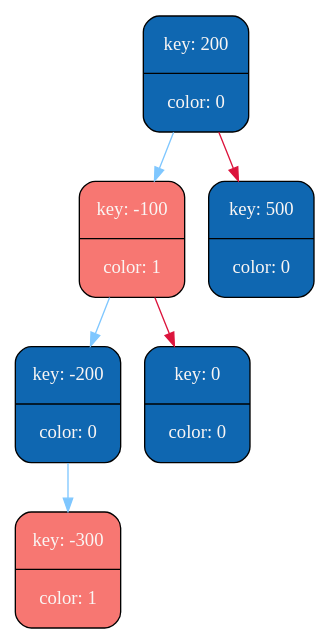
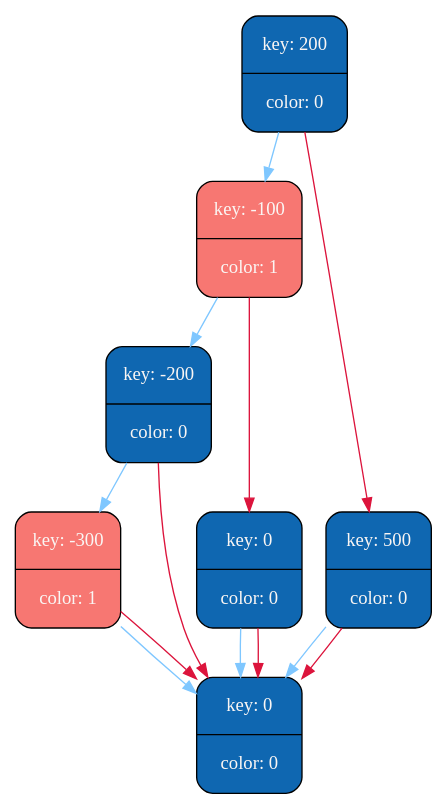
One commit to MaxGroshev/graph_algorithm changed the diagram in rb_tree/graph_lib/tree_dump.dot. Above: the diagram before and after it, drawn with Graphviz. The commit also changed 3 other files, not shown here.

```diff
--- a/rb_tree/graph_lib/tree_dump.dot
+++ b/rb_tree/graph_lib/tree_dump.dot
@@ -1,17 +1,31 @@
 digraph   
 {
 rankdir = ""
 splines = "true"
 
-node0x6040000016d0 [shape      = "Mrecord", width = 1.1, height = 1.21,  fillcolor   = "#0F67B1", style = "filled", fontcolor= " #FAF6F4", fontname = "Calibri", color = "0", label = "{key: 200| color: 0}"]
-node0x6040000016d0 -> node0x604000001690 [color = "#7FC7FF", style = "", constraint = true, fillcolor = "#7FC7FF",   fontcolor = "", fontname = "Calibri", label = ""];
-node0x604000001690 [shape      = "Mrecord", width = 1.1, height = 1.21,  fillcolor   = "#F77772", style = "filled", fontcolor= " #FAF6F4", fontname = "Calibri", color = "1", label = "{key: -100| color: 1}"]
-node0x604000001690 -> node0x604000001750 [color = "#7FC7FF", style = "", constraint = true, fillcolor = "#7FC7FF",   fontcolor = "", fontname = "Calibri", label = ""];
-node0x604000001750 [shape      = "Mrecord", width = 1.1, height = 1.21,  fillcolor   = "#0F67B1", style = "filled", fontcolor= " #FAF6F4", fontname = "Calibri", color = "0", label = "{key: -200| color: 0}"]
-node0x604000001750 -> node0x6040000017d0 [color = "#7FC7FF", style = "", constraint = true, fillcolor = "#7FC7FF",   fontcolor = "", fontname = "Calibri", label = ""];
-node0x6040000017d0 [shape      = "Mrecord", width = 1.1, height = 1.21,  fillcolor   = "#F77772", style = "filled", fontcolor= " #FAF6F4", fontname = "Calibri", color = "1", label = "{key: -300| color: 1}"]
-node0x604000001690 -> node0x604000001790 [color = "#DC143C", style = "", constraint = true, fillcolor = "#DC143C",   fontcolor = "", fontname = "Calibri", label = ""];
-node0x604000001790 [shape      = "Mrecord", width = 1.1, height = 1.21,  fillcolor   = "#0F67B1", style = "filled", fontcolor= " #FAF6F4", fontname = "Calibri", color = "0", label = "{key: 0| color: 0}"]
-node0x6040000016d0 -> node0x604000001710 [color = "#DC143C", style = "", constraint = true, fillcolor = "#DC143C",   fontcolor = "", fontname = "Calibri", label = ""];
-node0x604000001710 [shape      = "Mrecord", width = 1.1, height = 1.21,  fillcolor   = "#0F67B1", style = "filled", fontcolor= " #FAF6F4", fontname = "Calibri", color = "0", label = "{key: 500| color: 0}"]
+node0x604000001790 [shape      = "Mrecord", width = 1.1, height = 1.21,  fillcolor   = "#0F67B1", style = "filled", fontcolor= " #FAF6F4", fontname = "Calibri", color = "0", label = "{key: 200| color: 0}"]
+node0x604000001790 -> node0x604000001750 [color = "#7FC7FF", style = "", constraint = true, fillcolor = "#7FC7FF",   fontcolor = "", fontname = "Calibri", label = ""];
+node0x604000001750 [shape      = "Mrecord", width = 1.1, height = 1.21,  fillcolor   = "#F77772", style = "filled", fontcolor= " #FAF6F4", fontname = "Calibri", color = "1", label = "{key: -100| color: 1}"]
+node0x604000001750 -> node0x604000001810 [color = "#7FC7FF", style = "", constraint = true, fillcolor = "#7FC7FF",   fontcolor = "", fontname = "Calibri", label = ""];
+node0x604000001810 [shape      = "Mrecord", width = 1.1, height = 1.21,  fillcolor   = "#0F67B1", style = "filled", fontcolor= " #FAF6F4", fontname = "Calibri", color = "0", label = "{key: -200| color: 0}"]
+node0x604000001810 -> node0x604000001890 [color = "#7FC7FF", style = "", constraint = true, fillcolor = "#7FC7FF",   fontcolor = "", fontname = "Calibri", label = ""];
+node0x604000001890 [shape      = "Mrecord", width = 1.1, height = 1.21,  fillcolor   = "#F77772", style = "filled", fontcolor= " #FAF6F4", fontname = "Calibri", color = "1", label = "{key: -300| color: 1}"]
+node0x604000001890 -> node0x604000001710 [color = "#7FC7FF", style = "", constraint = true, fillcolor = "#7FC7FF",   fontcolor = "", fontname = "Calibri", label = ""];
+node0x604000001710 [shape      = "Mrecord", width = 1.1, height = 1.21,  fillcolor   = "#0F67B1", style = "filled", fontcolor= " #FAF6F4", fontname = "Calibri", color = "0", label = "{key: 0| color: 0}"]
+node0x604000001890 -> node0x604000001710 [color = "#DC143C", style = "", constraint = true, fillcolor = "#DC143C",   fontcolor = "", fontname = "Calibri", label = ""];
+node0x604000001710 [shape      = "Mrecord", width = 1.1, height = 1.21,  fillcolor   = "#0F67B1", style = "filled", fontcolor= " #FAF6F4", fontname = "Calibri", color = "0", label = "{key: 0| color: 0}"]
+node0x604000001810 -> node0x604000001710 [color = "#DC143C", style = "", constraint = true, fillcolor = "#DC143C",   fontcolor = "", fontname = "Calibri", label = ""];
+node0x604000001710 [shape      = "Mrecord", width = 1.1, height = 1.21,  fillcolor   = "#0F67B1", style = "filled", fontcolor= " #FAF6F4", fontname = "Calibri", color = "0", label = "{key: 0| color: 0}"]
+node0x604000001750 -> node0x604000001850 [color = "#DC143C", style = "", constraint = true, fillcolor = "#DC143C",   fontcolor = "", fontname = "Calibri", label = ""];
+node0x604000001850 [shape      = "Mrecord", width = 1.1, height = 1.21,  fillcolor   = "#0F67B1", style = "filled", fontcolor= " #FAF6F4", fontname = "Calibri", color = "0", label = "{key: 0| color: 0}"]
+node0x604000001850 -> node0x604000001710 [color = "#7FC7FF", style = "", constraint = true, fillcolor = "#7FC7FF",   fontcolor = "", fontname = "Calibri", label = ""];
+node0x604000001710 [shape      = "Mrecord", width = 1.1, height = 1.21,  fillcolor   = "#0F67B1", style = "filled", fontcolor= " #FAF6F4", fontname = "Calibri", color = "0", label = "{key: 0| color: 0}"]
+node0x604000001850 -> node0x604000001710 [color = "#DC143C", style = "", constraint = true, fillcolor = "#DC143C",   fontcolor = "", fontname = "Calibri", label = ""];
+node0x604000001710 [shape      = "Mrecord", width = 1.1, height = 1.21,  fillcolor   = "#0F67B1", style = "filled", fontcolor= " #FAF6F4", fontname = "Calibri", color = "0", label = "{key: 0| color: 0}"]
+node0x604000001790 -> node0x6040000017d0 [color = "#DC143C", style = "", constraint = true, fillcolor = "#DC143C",   fontcolor = "", fontname = "Calibri", label = ""];
+node0x6040000017d0 [shape      = "Mrecord", width = 1.1, height = 1.21,  fillcolor   = "#0F67B1", style = "filled", fontcolor= " #FAF6F4", fontname = "Calibri", color = "0", label = "{key: 500| color: 0}"]
+node0x6040000017d0 -> node0x604000001710 [color = "#7FC7FF", style = "", constraint = true, fillcolor = "#7FC7FF",   fontcolor = "", fontname = "Calibri", label = ""];
+node0x604000001710 [shape      = "Mrecord", width = 1.1, height = 1.21,  fillcolor   = "#0F67B1", style = "filled", fontcolor= " #FAF6F4", fontname = "Calibri", color = "0", label = "{key: 0| color: 0}"]
+node0x6040000017d0 -> node0x604000001710 [color = "#DC143C", style = "", constraint = true, fillcolor = "#DC143C",   fontcolor = "", fontname = "Calibri", label = ""];
+node0x604000001710 [shape      = "Mrecord", width = 1.1, height = 1.21,  fillcolor   = "#0F67B1", style = "filled", fontcolor= " #FAF6F4", fontname = "Calibri", color = "0", label = "{key: 0| color: 0}"]
 }
```
